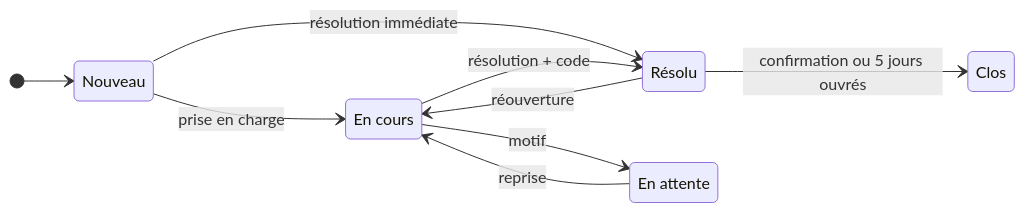
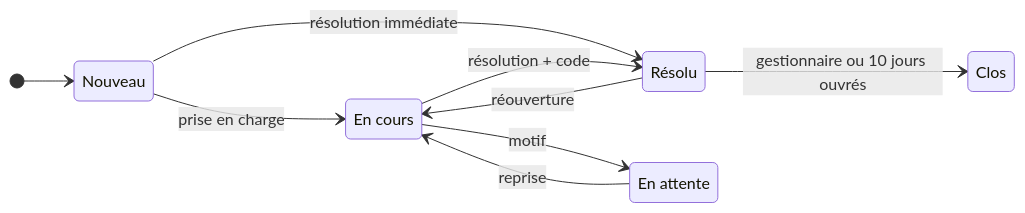
Before and after one commit to chrraj7/S-Aloha: the diagram in docs/reference/processus/gestion-des-incidents.md, drawn with Mermaid. The commit also changed other lines of this file and 6 other files, not shown here.

````diff
--- a/docs/reference/processus/gestion-des-incidents.md
+++ b/docs/reference/processus/gestion-des-incidents.md
@@ -74,15 +74,15 @@
 ```mermaid
 stateDiagram-v2
     direction LR
     [*] --> Nouveau
     Nouveau --> EnCours : prise en charge
     Nouveau --> Resolu : résolution immédiate
     EnCours --> EnAttente : motif
     EnAttente --> EnCours : reprise
     EnCours --> Resolu : résolution + code
     Resolu --> EnCours : réouverture
-    Resolu --> Clos : confirmation ou 5 jours ouvrés
+    Resolu --> Clos : gestionnaire ou 10 jours ouvrés
     EnCours : En cours
     EnAttente : En attente
     Resolu : Résolu
 ```
````
